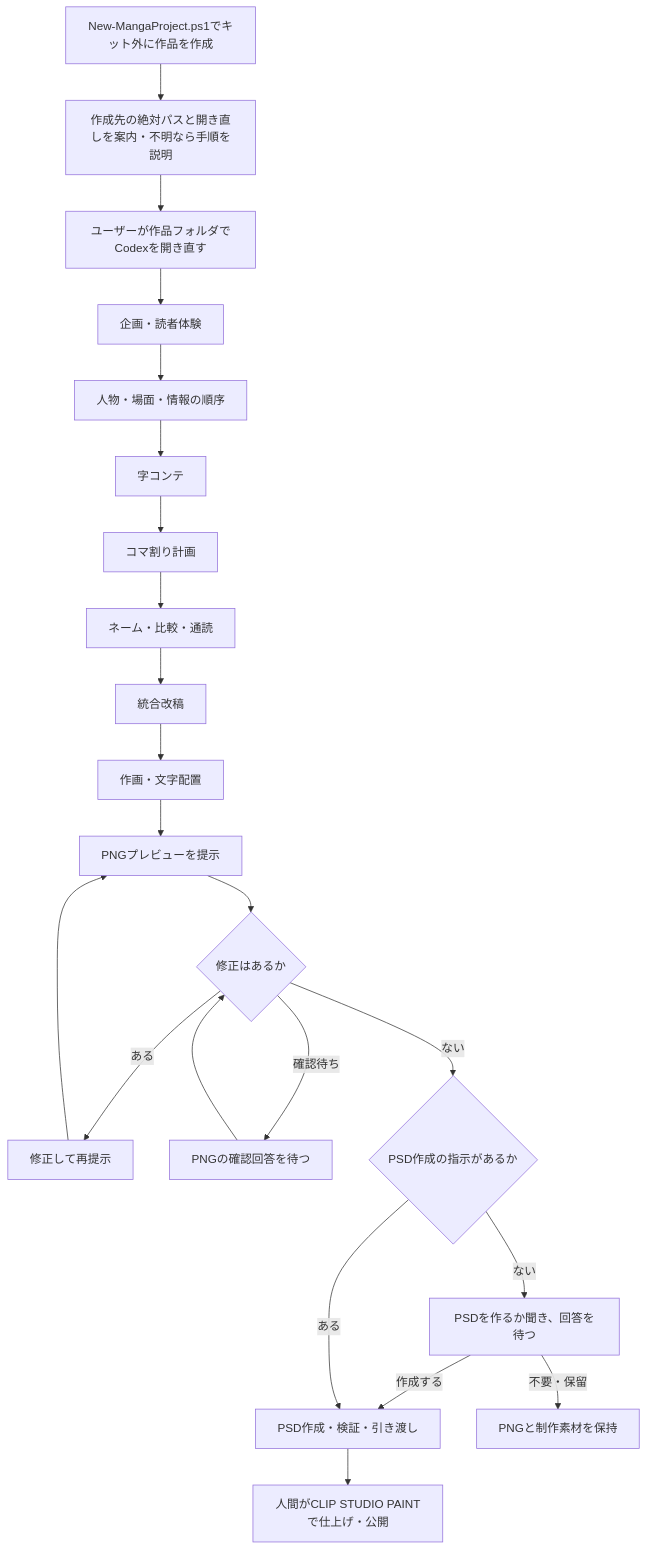
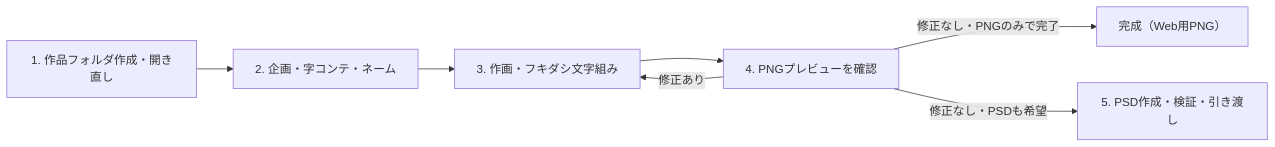
One commit to potechitakusan/MangaAgentsStudio-A changed the diagram in README.md. Above: the diagram before and after it, drawn with Mermaid. The commit also changed other lines of this file and 5 other files, not shown here.

````diff
--- a/README.md
+++ b/README.md
@@ -23,24 +195,9 @@
 ```mermaid
-flowchart TD
-    P[New-MangaProject.ps1でキット外に作品を作成] --> Q[作成先の絶対パスと開き直しを案内・不明なら手順を説明]
-    Q --> R[ユーザーが作品フォルダでCodexを開き直す]
-    R --> A
-    A[企画・読者体験] --> B[人物・場面・情報の順序]
-    B --> C[字コンテ]
-    C --> C1[コマ割り計画]
-    C1 --> D[ネーム・比較・通読]
-    D --> E[統合改稿]
-    E --> F[作画・文字配置]
-    F --> G[PNGプレビューを提示]
-    G --> H{修正はあるか}
-    H -->|ある| I[修正して再提示]
-    I --> G
-    H -->|確認待ち| O[PNGの確認回答を待つ]
-    O --> H
-    H -->|ない| J{PSD作成の指示があるか}
-    J -->|ない| K[PSDを作るか聞き、回答を待つ]
-    K -->|作成する| L[PSD作成・検証・引き渡し]
-    J -->|ある| L
-    K -->|不要・保留| M[PNGと制作素材を保持]
-    L --> N[人間がCLIP STUDIO PAINTで仕上げ・公開]
+flowchart LR
+    P["1. 作品フォルダ作成・開き直し"] --> A["2. 企画・字コンテ・ネーム"]
+    A --> F["3. 作画・フキダシ文字組み"]
+    F --> G["4. PNGプレビューを確認"]
+    G -->|修正あり| F
+    G -->|修正なし・PNGのみで完了| M["完成（Web用PNG）"]
+    G -->|修正なし・PSDも希望| L["5. PSD作成・検証・引き渡し"]
 ```
````
